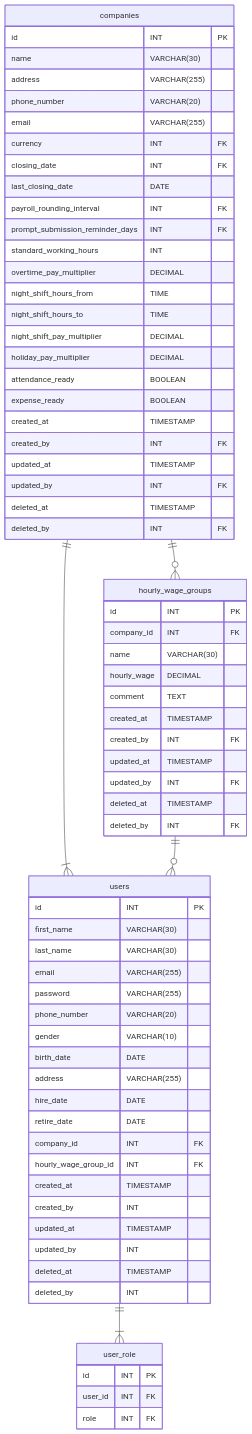
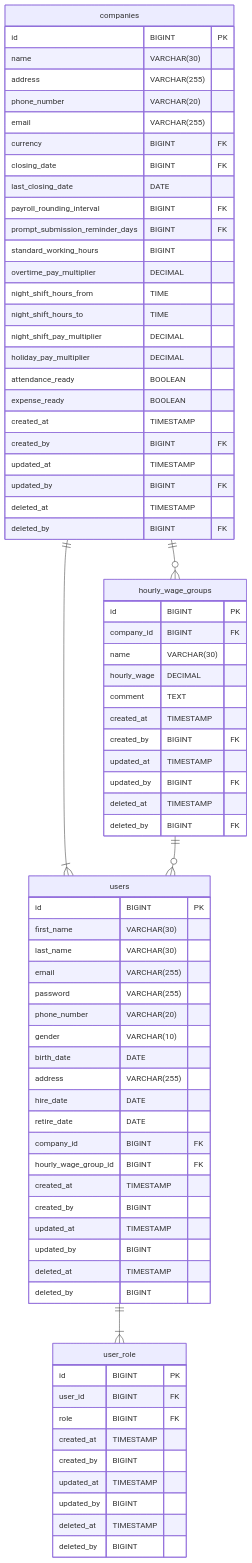
Before and after one commit to reo00ngee/attendance: the third of 5 diagrams in Documents/Database Design/Entity-RelationshipDiagrams.md, drawn with Mermaid. The commit also changed other lines of this file and 89 other files, not shown here.

````diff
--- a/Documents/Database Design/Entity-RelationshipDiagrams.md
+++ b/Documents/Database Design/Entity-RelationshipDiagrams.md
@@ -261,7 +279,7 @@
   users ||--|{ user_role: ""
 
   users{
-    id INT PK
+    id BIGINT PK
     first_name VARCHAR(30) 
     last_name VARCHAR(30) 
     email VARCHAR(255) 
@@ -272,48 +290,54 @@
     address VARCHAR(255)
     hire_date DATE
     retire_date DATE
-    company_id INT FK
-    hourly_wage_group_id INT FK
+    company_id BIGINT FK
+    hourly_wage_group_id BIGINT FK
     created_at TIMESTAMP
-    created_by INT
+    created_by BIGINT
     updated_at TIMESTAMP
-    updated_by INT
+    updated_by BIGINT
     deleted_at TIMESTAMP
-    deleted_by INT 
+    deleted_by BIGINT 
   }
 
   user_role{
-    id INT PK
-    user_id INT FK
-    role INT FK
+    id BIGINT PK
+    user_id BIGINT FK
+    role BIGINT FK
+    created_at TIMESTAMP
+    created_by BIGINT
+    updated_at TIMESTAMP
+    updated_by BIGINT
+    deleted_at TIMESTAMP
+    deleted_by BIGINT 
   }
 
   hourly_wage_groups{
-    id INT PK
-    company_id INT FK
+    id BIGINT PK
+    company_id BIGINT FK
     name VARCHAR(30)
     hourly_wage DECIMAL
     comment TEXT
     created_at TIMESTAMP
-    created_by INT FK
+    created_by BIGINT FK
     updated_at TIMESTAMP
-    updated_by INT FK
+    updated_by BIGINT FK
     deleted_at TIMESTAMP
-    deleted_by INT FK
+    deleted_by BIGINT FK
   }
 
   companies{
-    id INT PK
+    id BIGINT PK
     name VARCHAR(30)
     address VARCHAR(255)
     phone_number VARCHAR(20)
     email VARCHAR(255)
-    currency INT FK
-    closing_date INT FK
+    currency BIGINT FK
+    closing_date BIGINT FK
     last_closing_date DATE
-    payroll_rounding_interval INT FK
-    prompt_submission_reminder_days INT FK
-    standard_working_hours INT
+    payroll_rounding_interval BIGINT FK
+    prompt_submission_reminder_days BIGINT FK
+    standard_working_hours BIGINT
     overtime_pay_multiplier DECIMAL
     night_shift_hours_from TIME
     night_shift_hours_to TIME
@@ -322,11 +346,11 @@
     attendance_ready BOOLEAN
     expense_ready BOOLEAN
     created_at TIMESTAMP
-    created_by INT FK
+    created_by BIGINT FK
     updated_at TIMESTAMP
-    updated_by INT FK
+    updated_by BIGINT FK
     deleted_at TIMESTAMP
-    deleted_by INT FK
+    deleted_by BIGINT FK
   }
 
 ```
````
